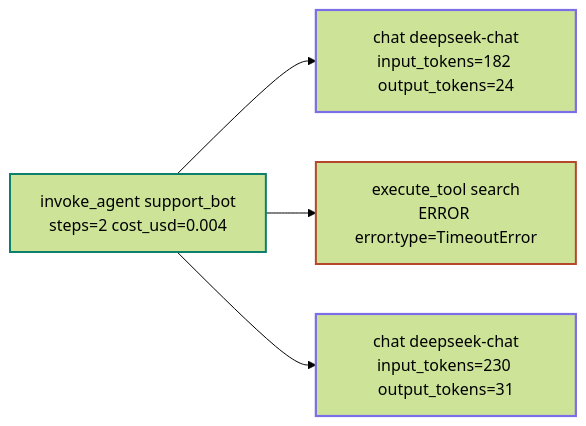
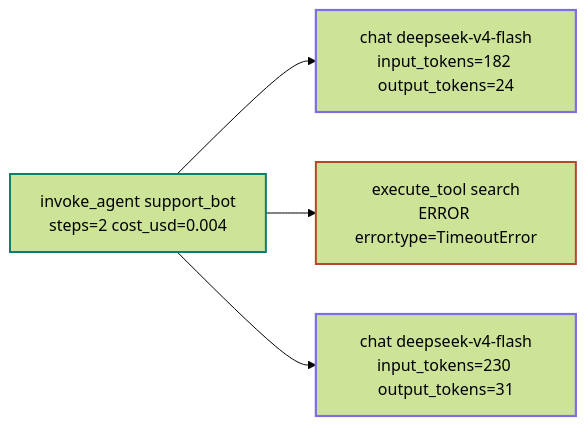
One commit to lance2016/ai-app-engineering changed the diagram in lessons/observability/README.md. Above: the diagram before and after it, drawn with Mermaid (forest theme). The commit also changed other lines of this file and 6 other files, not shown here.

````diff
--- a/lessons/observability/README.md
+++ b/lessons/observability/README.md
@@ -66,12 +66,12 @@
 ```mermaid
 flowchart LR
     classDef model stroke:#7c6ee6,stroke-width:2.2px
     classDef runtime stroke:#0d806b,stroke-width:2px
     classDef risk stroke:#b5472d,stroke-width:2px
-    R["invoke_agent support_bot<br/>steps=2 cost_usd=0.004"] --> C1["chat deepseek-chat<br/>input_tokens=182 output_tokens=24"]
+    R["invoke_agent support_bot<br/>steps=2 cost_usd=0.004"] --> C1["chat deepseek-v4-flash<br/>input_tokens=182 output_tokens=24"]
     R --> T["execute_tool search<br/>ERROR error.type=TimeoutError"]
-    R --> C2["chat deepseek-chat<br/>input_tokens=230 output_tokens=31"]
+    R --> C2["chat deepseek-v4-flash<br/>input_tokens=230 output_tokens=31"]
     class R runtime
     class C1,C2 model
     class T risk
 ```
````
